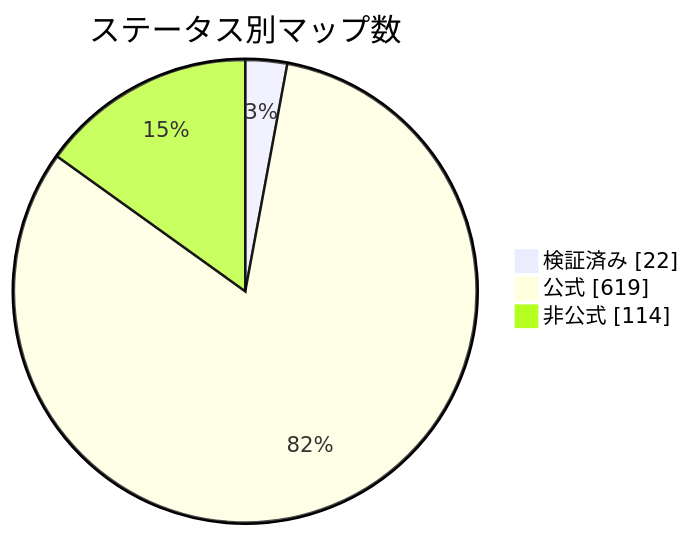
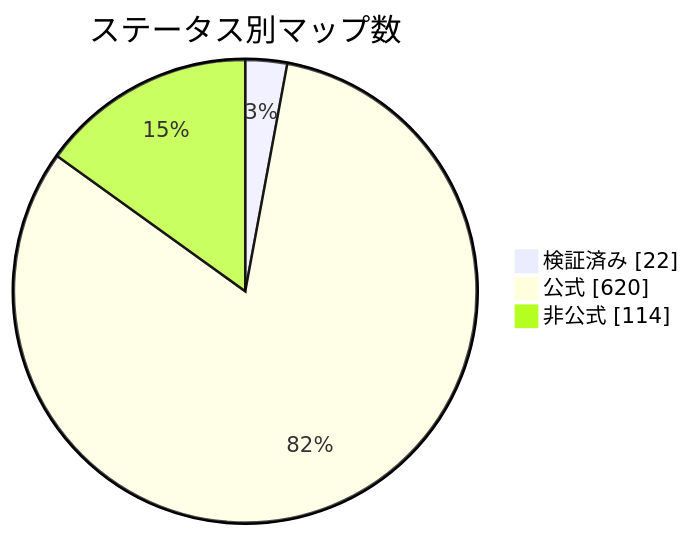
Before and after one commit to nobrega8/mbmap-library: the diagram in docs/readme/README_JP.md, drawn with Mermaid. The commit also changed 6 other files, not shown here.

````diff
--- a/docs/readme/README_JP.md
+++ b/docs/readme/README_JP.md
@@ -54,7 +54,7 @@
 ```mermaid
 pie showData
     title ステータス別マップ数
     "検証済み" : 22
-    "公式" : 619
+    "公式" : 620
     "非公式" : 114
 ```
````
